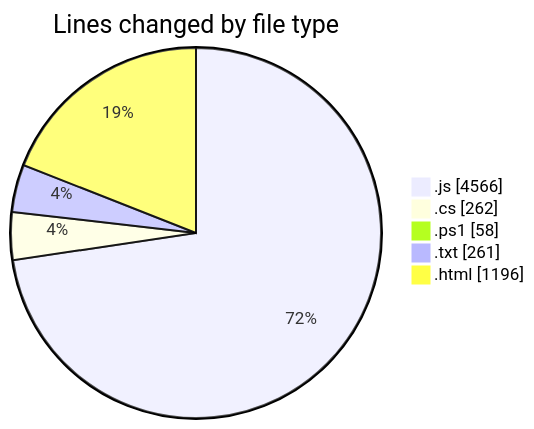
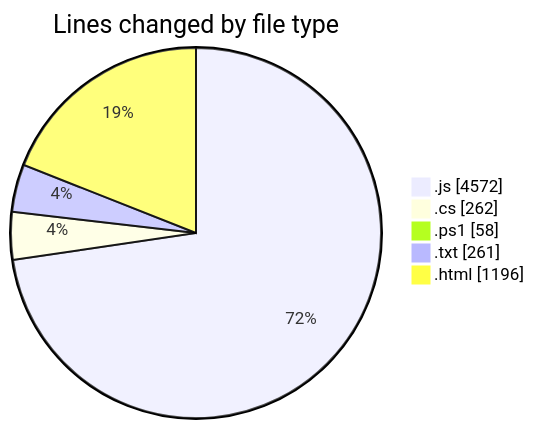
One commit to becaeroporto-bot/code-tracking changed the first of 2 diagrams in 2026-02-17/bot_v1_2/README.md. Above: the diagram before and after it, drawn with Mermaid. The commit also changed other lines of this file and 1 other file, not shown here.

````diff
--- a/2026-02-17/bot_v1_2/README.md
+++ b/2026-02-17/bot_v1_2/README.md
@@ -35,9 +35,9 @@
 ```mermaid
 pie showData
 title Lines changed by file type
-".js" : 4566
+".js" : 4572
 ".cs" : 262
 ".ps1" : 58
 ".txt" : 261
 ".html" : 1196
 ```
````
